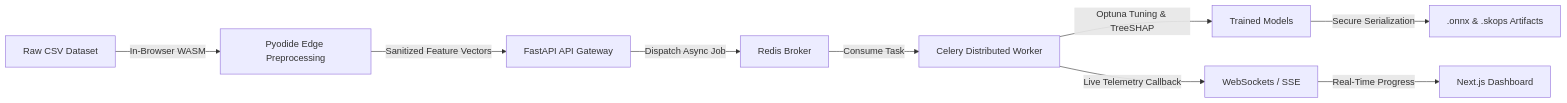
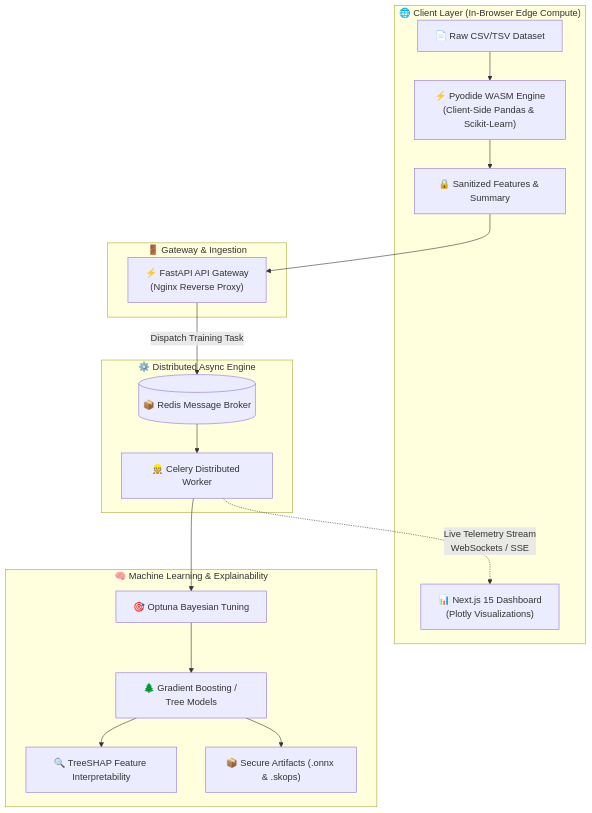
Before and after one commit to Shambhujadhav4/WasmBoost: the diagram in README.md, drawn with Mermaid. The commit also changed other lines of this file, not shown here.

Commit message:
Update README with Microsoft Azure deployment info and vertical architecture diagram

````diff
--- a/README.md
+++ b/README.md
@@ -24,11 +25,26 @@
 ```mermaid
-graph LR
-    A[Raw CSV Dataset] -->|In-Browser WASM| B[Pyodide Edge Preprocessing]
-    B -->|Sanitized Feature Vectors| C[FastAPI API Gateway]
-    C -->|Dispatch Async Job| D[Redis Broker]
-    D -->|Consume Task| E[Celery Distributed Worker]
-    E -->|Optuna Tuning & TreeSHAP| F[Trained Models]
-    F -->|Secure Serialization| G[.onnx & .skops Artifacts]
-    E -->|Live Telemetry Callback| H[WebSockets / SSE]
-    H -->|Real-Time Progress| I[Next.js Dashboard]
+graph TD
+    subgraph Client ["🌐 Client Layer (In-Browser Edge Compute)"]
+        A["📄 Raw CSV/TSV Dataset"] --> B["⚡ Pyodide WASM Engine<br/>(Client-Side Pandas & Scikit-Learn)"]
+        B --> C["🔒 Sanitized Features & Summary"]
+        Dashboard["📊 Next.js 15 Dashboard<br/>(Plotly Visualizations)"]
+    end
+
+    subgraph Gateway ["🚪 Gateway & Ingestion"]
+        C --> API["⚡ FastAPI API Gateway<br/>(Nginx Reverse Proxy)"]
+    end
+
+    subgraph AsyncEngine ["⚙️ Distributed Async Engine"]
+        API -->|Dispatch Training Task| Redis[("📦 Redis Message Broker")]
+        Redis --> Worker["👷 Celery Distributed Worker"]
+    end
+
+    subgraph MLCore ["🧠 Machine Learning & Explainability"]
+        Worker --> Optuna["🎯 Optuna Bayesian Tuning"]
+        Optuna --> Models["🌲 Gradient Boosting / Tree Models"]
+        Models --> SHAP["🔍 TreeSHAP Feature Interpretability"]
+        Models --> Artifacts["📦 Secure Artifacts (.onnx & .skops)"]
+    end
+
+    Worker -.->|Live Telemetry Stream<br/>WebSockets / SSE| Dashboard
 ```
````
